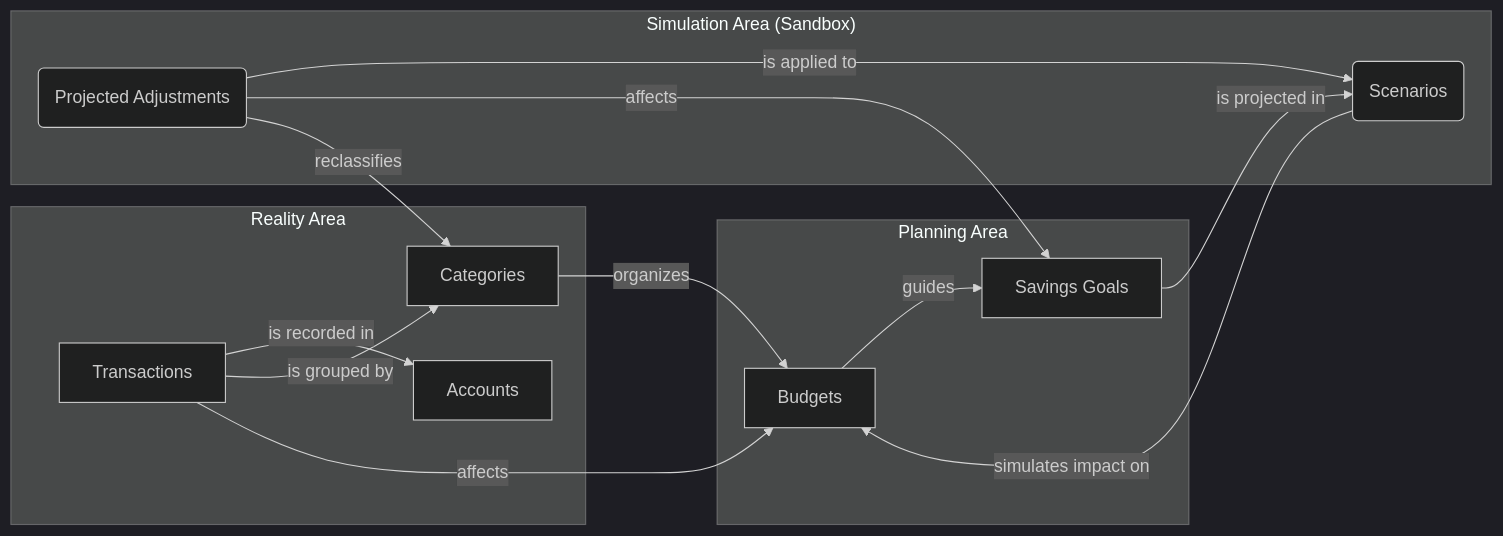
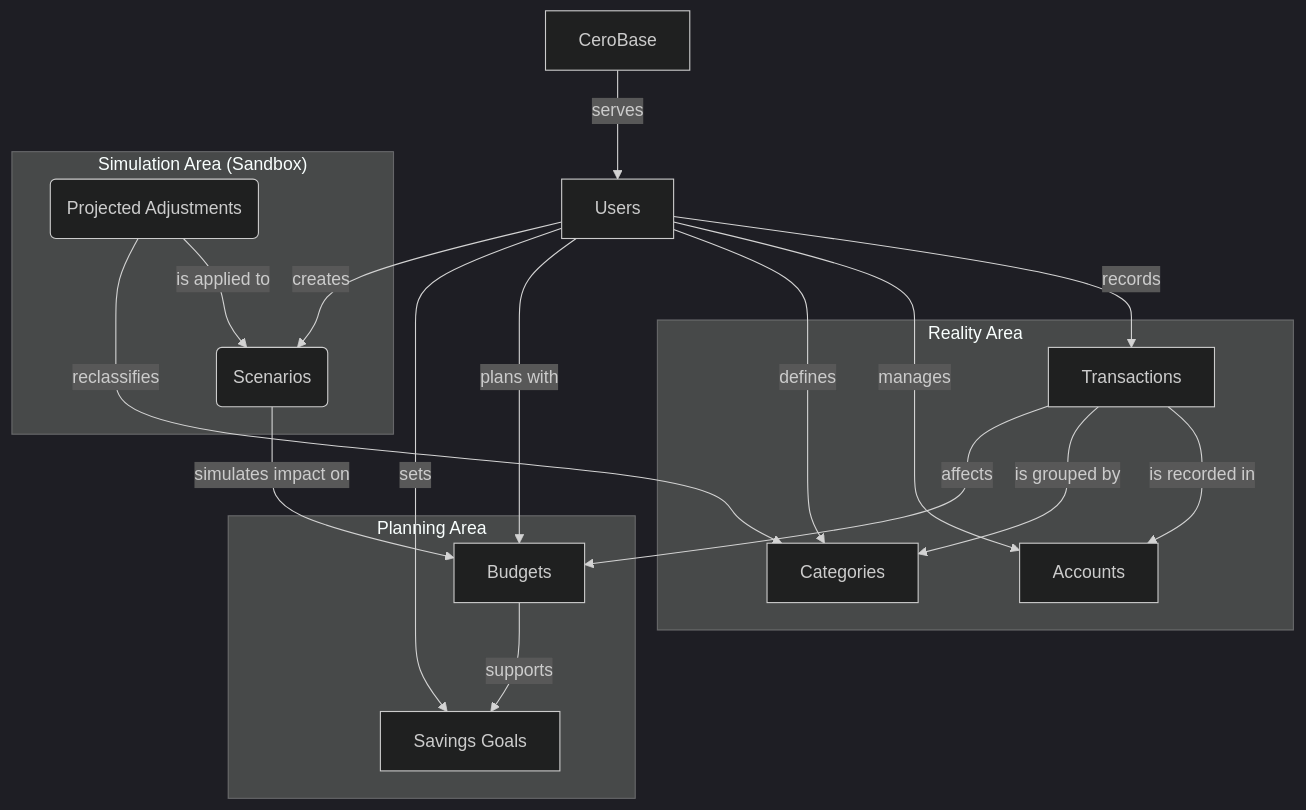
One commit to AdrianAVA9/finance-tracker changed the diagram in README.md. Above: the diagram before and after it, drawn with Mermaid (dark theme).

Commit message:
refactor: update domain model in README with detailed user interactions and improved Mermaid diagram structure

````diff
--- a/README.md
+++ b/README.md
@@ -9,32 +9,38 @@
 ```mermaid
-graph LR
-  %% Area de Realidad
+graph TD
+  CeroBase[CeroBase]
+  Users[Users]
+
+  CeroBase -- "serves" --> Users
+
   subgraph Reality_Area["Reality Area"]
     Transactions[Transactions]
     Accounts[Accounts]
     Categories[Categories]
   end
 
-  %% Area de Planificacion
   subgraph Planning_Area["Planning Area"]
     Budgets[Budgets]
     SavingsGoals[Savings Goals]
   end
 
-  %% Area de Simulacion (Sandbox)
   subgraph Simulation_Area["Simulation Area (Sandbox)"]
     Scenarios(Scenarios)
     ProjectedAdjustments(Projected Adjustments)
   end
 
+  Users -- "records" --> Transactions
+  Users -- "manages" --> Accounts
+  Users -- "defines" --> Categories
+  Users -- "plans with" --> Budgets
+  Users -- "sets" --> SavingsGoals
+  Users -- "creates" --> Scenarios
+
   Transactions -- "is recorded in" --> Accounts
   Transactions -- "is grouped by" --> Categories
   Transactions -- "affects" --> Budgets
-  Categories -- "organizes" --> Budgets
-  Budgets -- "guides" --> SavingsGoals
-  SavingsGoals -- "is projected in" --> Scenarios
+  Budgets -- "supports" --> SavingsGoals
   Scenarios -- "simulates impact on" --> Budgets
   ProjectedAdjustments -- "is applied to" --> Scenarios
-  ProjectedAdjustments -- "affects" --> SavingsGoals
   ProjectedAdjustments -- "reclassifies" --> Categories
 ```
````
